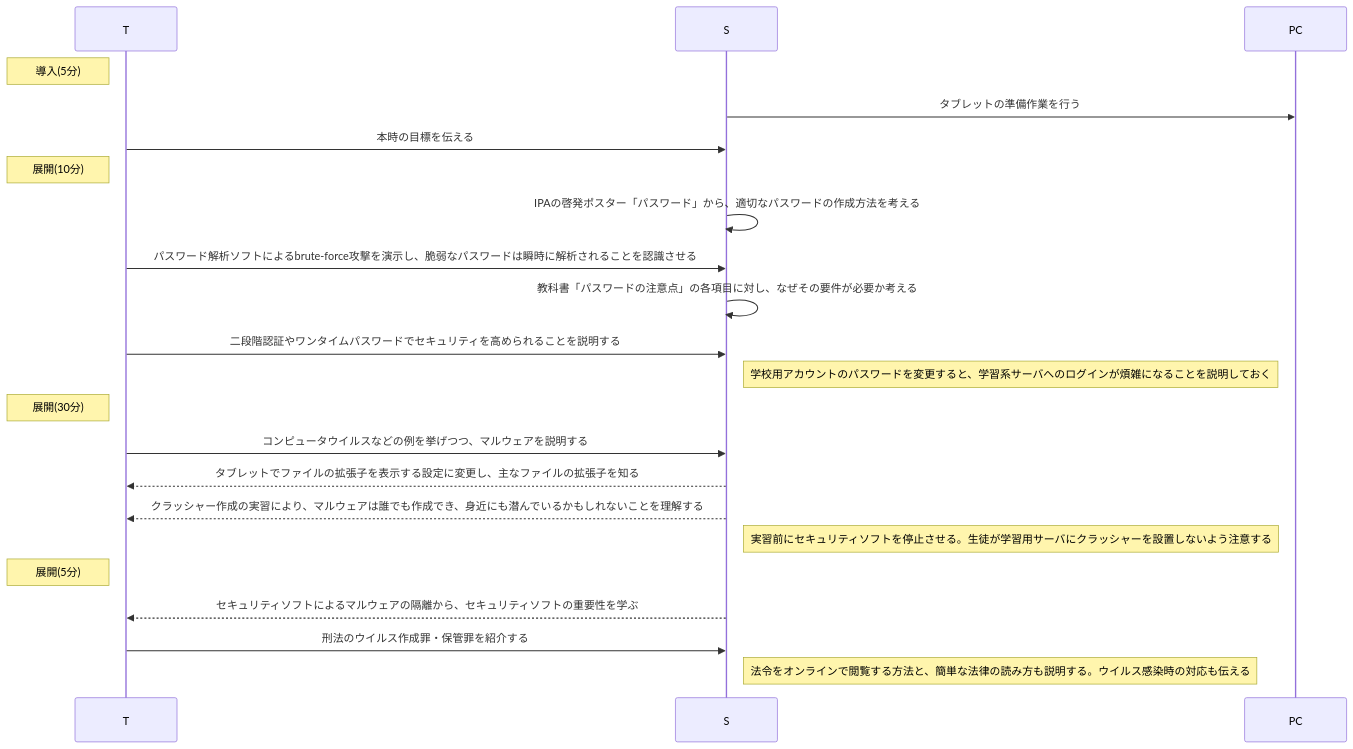
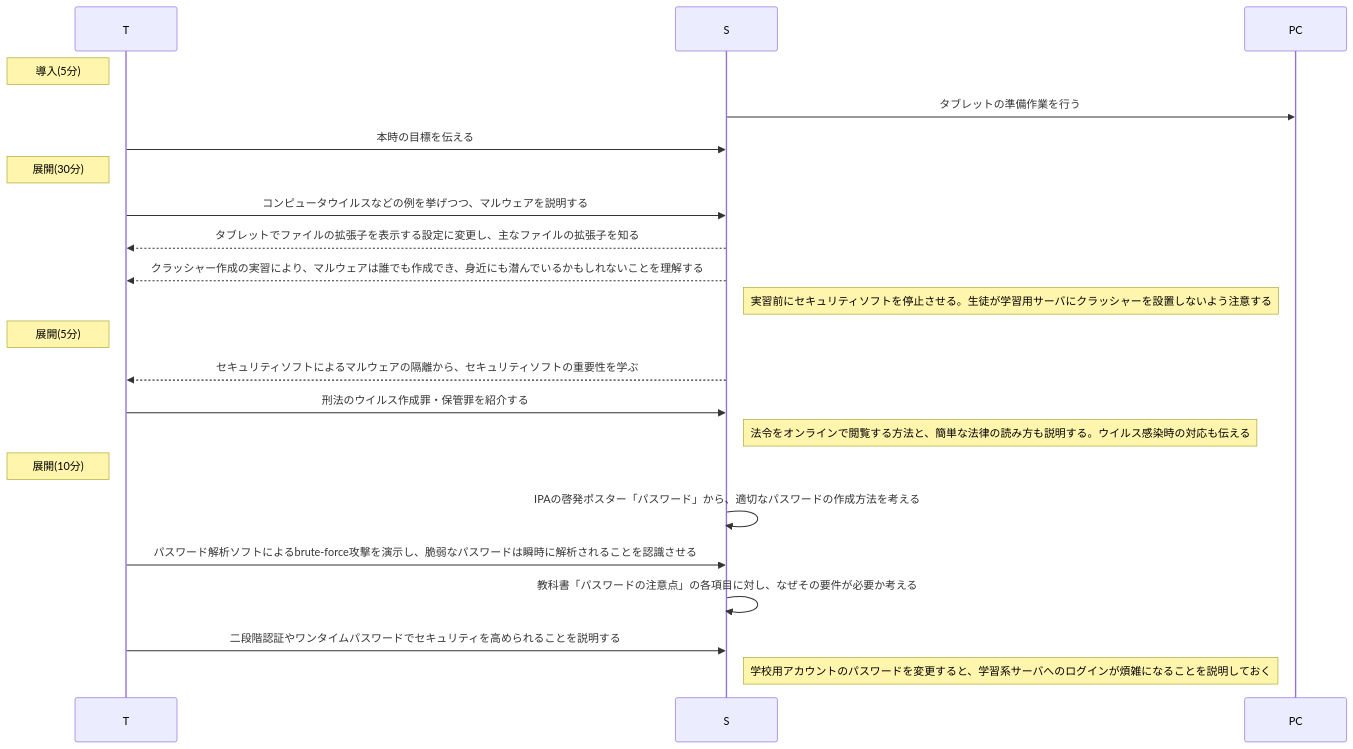
One commit to saireya/plan-informatics changed the first of 3 diagrams in security/sec.md. Above: the diagram before and after it, drawn with Mermaid. The commit also changed other lines of this file, not shown here.

````diff
--- a/security/sec.md
+++ b/security/sec.md
@@ -32,28 +32,28 @@
 ```mermaid
 sequenceDiagram
 	participant T
 	participant S
 	participant PC
 
 Note left of T: 導入(5分)
 	S->>PC: タブレットの準備作業を行う
 	T->>S: 本時の目標を伝える
-
-Note left of T: 展開(10分)
-	S->>S: IPAの啓発ポスター「パスワード」から、適切なパスワードの作成方法を考える
-	T->>S: パスワード解析ソフトによるbrute-force攻撃を演示し、脆弱なパスワードは瞬時に解析されることを認識させる
-	S->>S: 教科書「パスワードの注意点」の各項目に対し、なぜその要件が必要か考える
-	T->>S: 二段階認証やワンタイムパスワードでセキュリティを高められることを説明する
-	Note right of S: 学校用アカウントのパスワードを変更すると、学習系サーバへのログインが煩雑になることを説明しておく
 
 Note left of T: 展開(30分)
 	T->>S: コンピュータウイルスなどの例を挙げつつ、マルウェアを説明する
 	S-->>T: タブレットでファイルの拡張子を表示する設定に変更し、主なファイルの拡張子を知る
 	S-->>T: クラッシャー作成の実習により、マルウェアは誰でも作成でき、身近にも潜んでいるかもしれないことを理解する
 	Note right of S: 実習前にセキュリティソフトを停止させる。生徒が学習用サーバにクラッシャーを設置しないよう注意する
 
 Note left of T: 展開(5分)
 	S-->>T: セキュリティソフトによるマルウェアの隔離から、セキュリティソフトの重要性を学ぶ
 	T->>S: 刑法のウイルス作成罪・保管罪を紹介する
 	Note right of S: 法令をオンラインで閲覧する方法と、簡単な法律の読み方も説明する。ウイルス感染時の対応も伝える
+
+Note left of T: 展開(10分)
+	S->>S: IPAの啓発ポスター「パスワード」から、適切なパスワードの作成方法を考える
+	T->>S: パスワード解析ソフトによるbrute-force攻撃を演示し、脆弱なパスワードは瞬時に解析されることを認識させる
+	S->>S: 教科書「パスワードの注意点」の各項目に対し、なぜその要件が必要か考える
+	T->>S: 二段階認証やワンタイムパスワードでセキュリティを高められることを説明する
+	Note right of S: 学校用アカウントのパスワードを変更すると、学習系サーバへのログインが煩雑になることを説明しておく
 ```
````
